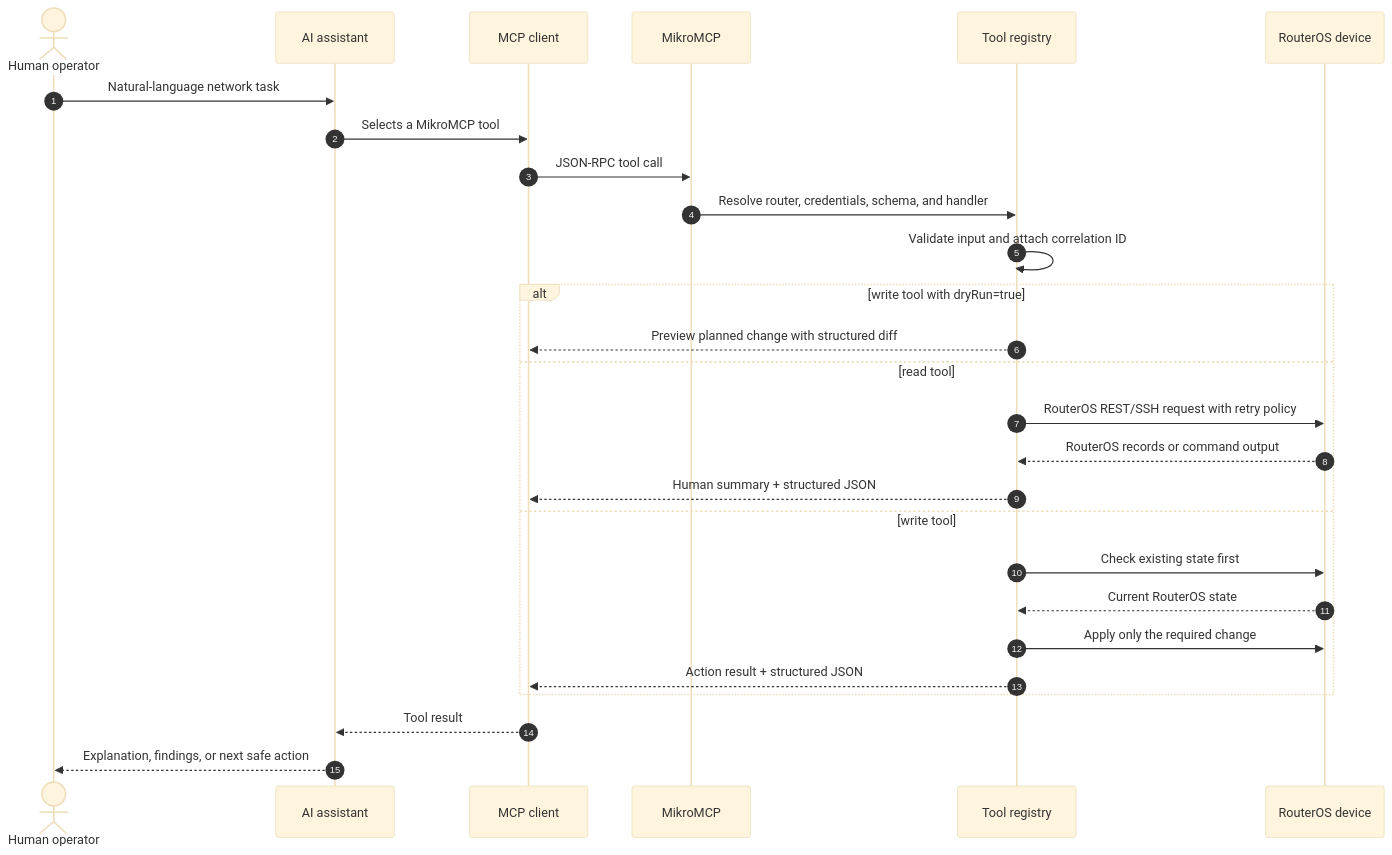
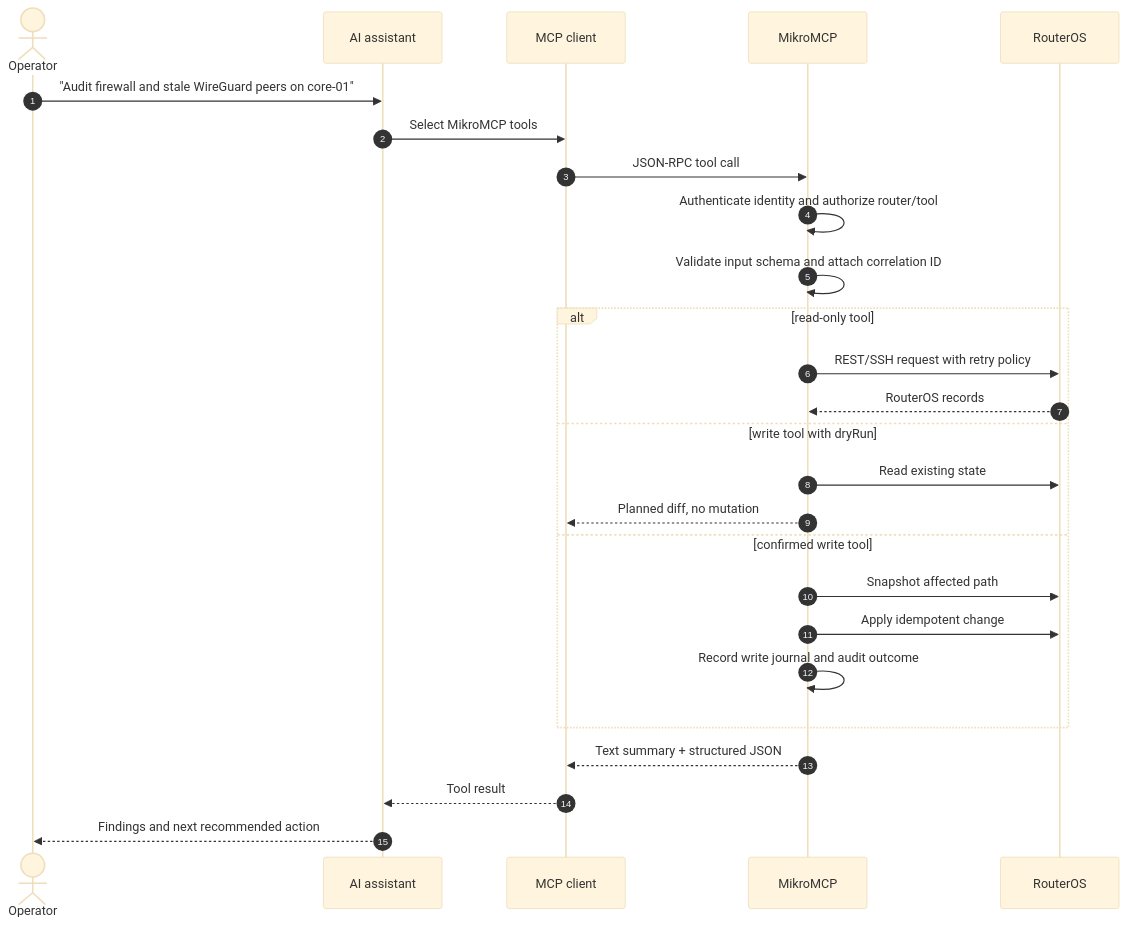
Before and after one commit to AliKarami/MikroMCP: the second of 4 diagrams in README.md, drawn with Mermaid (base theme). The commit also changed other lines of this file and 10 other files, not shown here.

````diff
--- a/README.md
+++ b/README.md
@@ -123,32 +140,31 @@
 ```mermaid
 sequenceDiagram
     autonumber
-    actor Operator as Human operator
-    participant Assistant as AI assistant
-    participant Client as MCP client
+    actor User as Operator
+    participant Agent as AI assistant
+    participant MCP as MCP client
     participant Server as MikroMCP
-    participant Registry as Tool registry
-    participant Router as RouterOS device
+    participant Router as RouterOS
 
-    Operator->>Assistant: Natural-language network task
-    Assistant->>Client: Selects a MikroMCP tool
-    Client->>Server: JSON-RPC tool call
-    Server->>Registry: Resolve router, credentials, schema, and handler
-    Registry->>Registry: Validate input and attach correlation ID
+    User->>Agent: "Audit firewall and stale WireGuard peers on core-01"
+    Agent->>MCP: Select MikroMCP tools
+    MCP->>Server: JSON-RPC tool call
+    Server->>Server: Authenticate identity and authorize router/tool
+    Server->>Server: Validate input schema and attach correlation ID
 
-    alt write tool with dryRun=true
-        Registry-->>Client: Preview planned change with structured diff
-    else read tool
-        Registry->>Router: RouterOS REST/SSH request with retry policy
-        Router-->>Registry: RouterOS records or command output
-        Registry-->>Client: Human summary + structured JSON
-    else write tool
-        Registry->>Router: Check existing state first
-        Router-->>Registry: Current RouterOS state
-        Registry->>Router: Apply only the required change
-        Registry-->>Client: Action result + structured JSON
+    alt read-only tool
+        Server->>Router: REST/SSH request with retry policy
+        Router-->>Server: RouterOS records
+    else write tool with dryRun
+        Server->>Router: Read existing state
+        Server-->>MCP: Planned diff, no mutation
+    else confirmed write tool
+        Server->>Router: Snapshot affected path
+        Server->>Router: Apply idempotent change
+        Server->>Server: Record write journal and audit outcome
     end
 
-    Client-->>Assistant: Tool result
-    Assistant-->>Operator: Explanation, findings, or next safe action
+    Server-->>MCP: Text summary + structured JSON
+    MCP-->>Agent: Tool result
+    Agent-->>User: Findings and next recommended action
 ```
````
